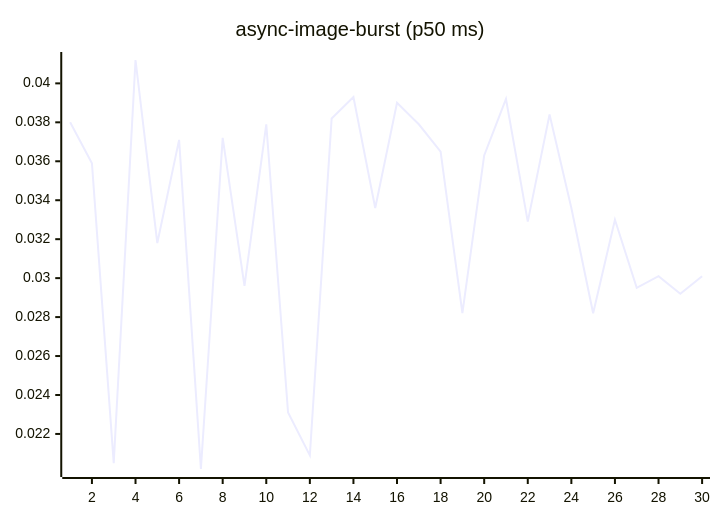
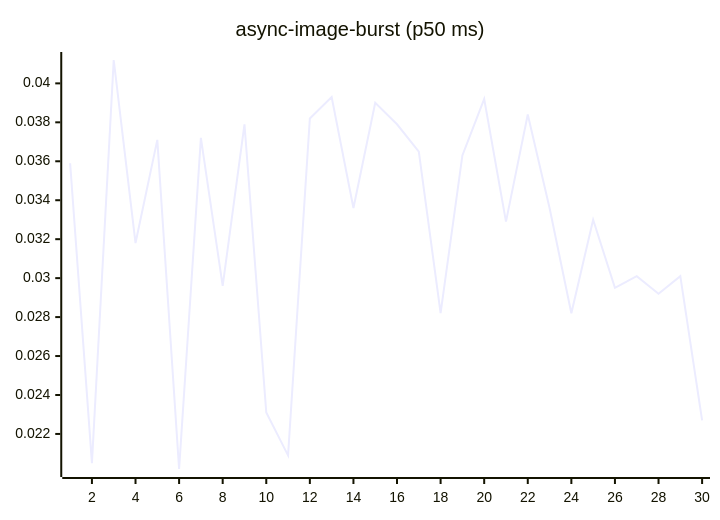
The fourth of 27 diagrams in README.md (josha/Facet), drawn with Mermaid before and after one commit. The commit also changed other lines of this file and 2 other files, not shown here.

````diff
--- a/README.md
+++ b/README.md
@@ -84,6 +84,6 @@
 ```mermaid
 xychart-beta
     title "async-image-burst (p50 ms)"
     x-axis 1 --> 30
-    line [0.0380, 0.0359, 0.0205, 0.0412, 0.0318, 0.0371, 0.0202, 0.0372, 0.0296, 0.0379, 0.0231, 0.0209, 0.0382, 0.0393, 0.0336, 0.0390, 0.0379, 0.0365, 0.0282, 0.0363, 0.0392, 0.0329, 0.0384, 0.0336, 0.0282, 0.0330, 0.0295, 0.0301, 0.0292, 0.0301]
+    line [0.0359, 0.0205, 0.0412, 0.0318, 0.0371, 0.0202, 0.0372, 0.0296, 0.0379, 0.0231, 0.0209, 0.0382, 0.0393, 0.0336, 0.0390, 0.0379, 0.0365, 0.0282, 0.0363, 0.0392, 0.0329, 0.0384, 0.0336, 0.0282, 0.0330, 0.0295, 0.0301, 0.0292, 0.0301, 0.0227]
 ```
````
